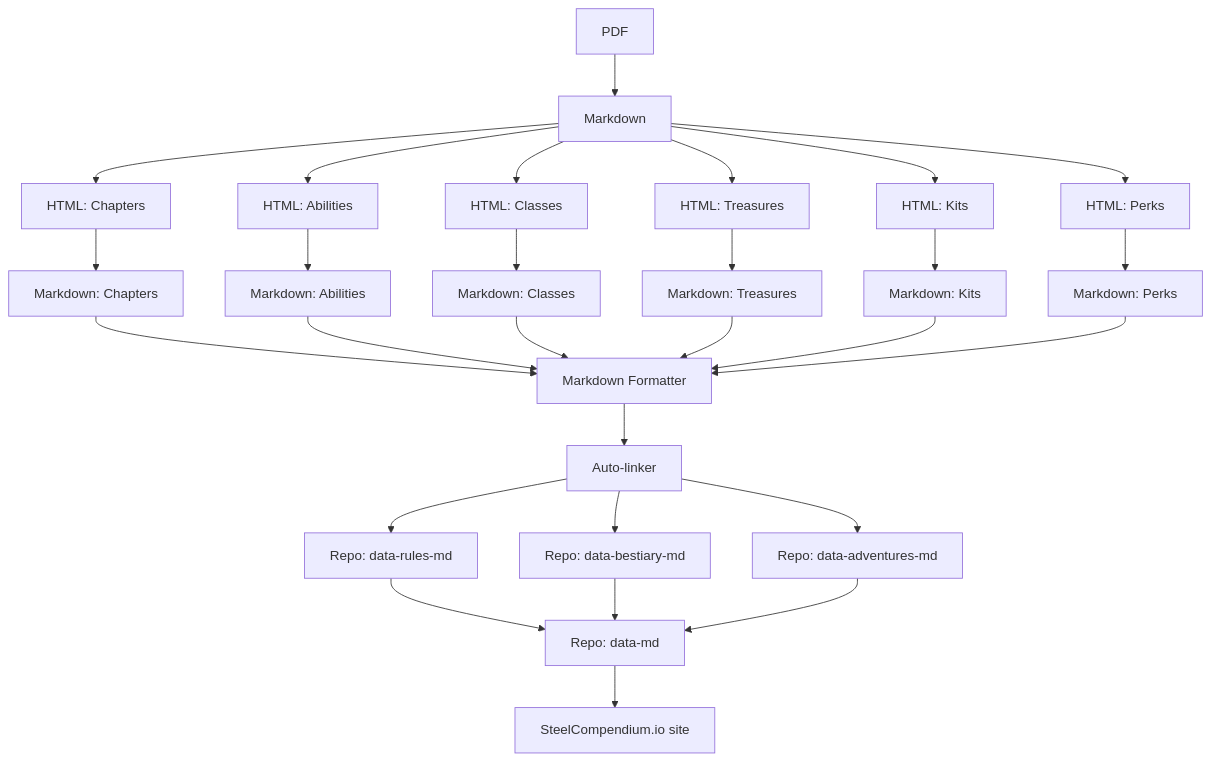
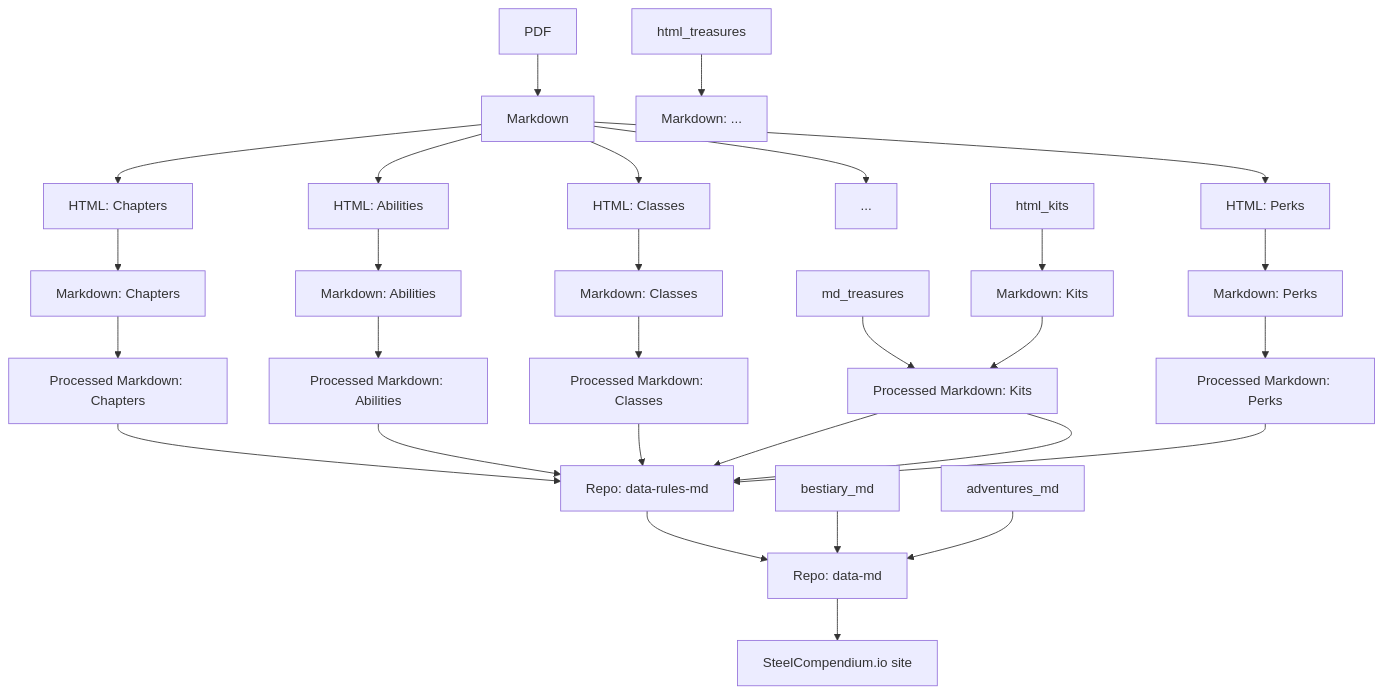
The diagram in README.md (SteelCompendium/data-gen), drawn with Mermaid before and after one commit. The commit also changed 1 other file, not shown here.

Commit message:
Updating diagram

````diff
--- a/README.md
+++ b/README.md
@@ -10,37 +10,37 @@
 ```mermaid
 flowchart TB
     pdf["PDF"] --> markdown["Markdown"]
     
     markdown --> html_chapters["HTML: Chapters"]
     markdown --> html_abilities["HTML: Abilities"]
     markdown --> html_classes["HTML: Classes"]
-    markdown --> html_treasures["HTML: Treasures"]
-    markdown --> html_kits["HTML: Kits"]
+    markdown --> html_dots["..."]
     markdown --> html_perks["HTML: Perks"]
     
     html_chapters --> md_chapters["Markdown: Chapters"]
     html_abilities --> md_abilities["Markdown: Abilities"]
     html_classes --> md_classes["Markdown: Classes"]
-    html_treasures --> md_treasures["Markdown: Treasures"]
+    html_treasures --> md_dots["Markdown: ..."]
     html_kits --> md_kits["Markdown: Kits"]
     html_perks --> md_perks["Markdown: Perks"]
     
-    md_chapters --> formatter["Markdown Formatter"]
-    md_abilities --> formatter["Markdown Formatter"]
-    md_classes --> formatter["Markdown Formatter"]
-    md_treasures --> formatter["Markdown Formatter"]
-    md_kits --> formatter["Markdown Formatter"]
-    md_perks --> formatter["Markdown Formatter"]
+    md_chapters --> md_chapters_formatted["Processed Markdown: Chapters"]
+    md_abilities --> md_abilities_formatted["Processed Markdown: Abilities"]
+    md_classes --> md_classes_formatted["Processed Markdown: Classes"]
+    md_treasures --> md_dots_formatted["Processed Markdown: ..."]
+    md_kits --> md_dots_formatted["Processed Markdown: Kits"]
+    md_perks --> md_kits_formatted["Processed Markdown: Perks"]
     
-    formatter --> auto_linker["Auto-linker"]
-    
-    auto_linker --> rules_md["Repo: data-rules-md"]
-    auto_linker --> bestiary_md["Repo: data-bestiary-md"]
-    auto_linker --> adventures_md["Repo: data-adventures-md"]
+    md_chapters_formatted --> rules_md["Repo: data-rules-md"]
+    md_abilities_formatted --> rules_md["Repo: data-rules-md"]
+    md_classes_formatted --> rules_md["Repo: data-rules-md"]
+    md_dots_formatted --> rules_md["Repo: data-rules-md"]
+    md_dots_formatted --> rules_md["Repo: data-rules-md"]
+    md_kits_formatted --> rules_md["Repo: data-rules-md"]
     
     rules_md --> data_md["Repo: data-md"]
     bestiary_md --> data_md["Repo: data-md"]
     adventures_md --> data_md["Repo: data-md"]
 
     data_md --> sc_site["SteelCompendium.io site"]
 ```
````
